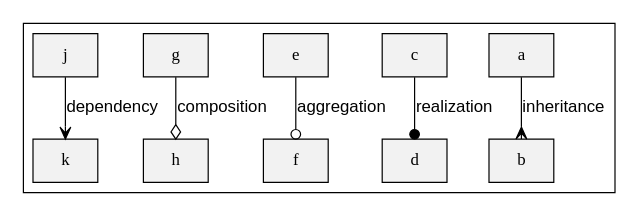
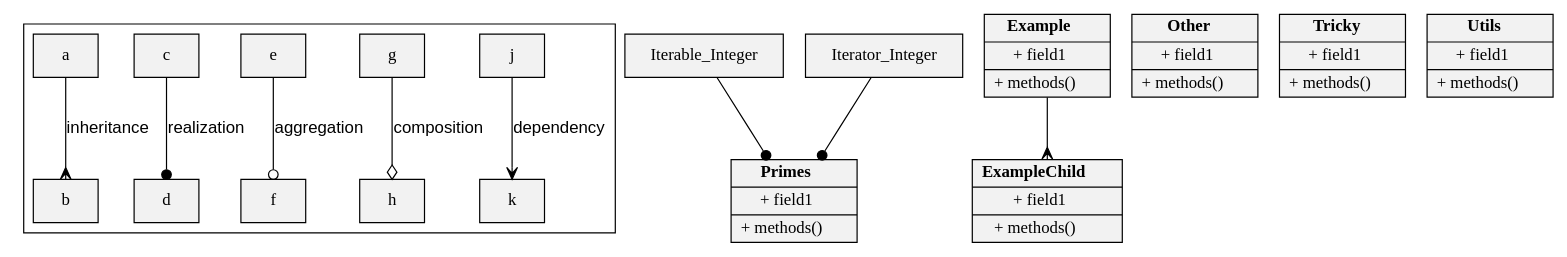
The diagram in graph.dot (Zebzab7/programanalysis), drawn with Graphviz before and after one commit. The commit also changed 19 other files, not shown here.

```diff
--- a/graph.dot
+++ b/graph.dot
@@ -1,11 +1,20 @@
 digraph G {
 node [shape=record style=filled fillcolor = gray95]
 edge [fontname="Helvetica,Arial,sans-serif"]
 subgraph cluster {
+j->k[label=" dependency",arrowhead=vee]
+g->h[label=" composition",arrowhead=odiamond]
+e->f[label=" aggregation",arrowhead=odot]
+c->d[label=" realization",arrowhead=dot]
 a->b[label=" inheritance",arrowhead=crow]
-c->d[label=" realization",arrowhead=dot]
-e->f[label=" aggregation",arrowhead=odot]
-g->h[label=" composition",arrowhead=odiamond]
-j->k[label=" dependency",arrowhead=vee]
 }
+Primes[label = <{<b>Primes</b> |+ field1<br align="left"/>|+ methods()<br align="left"/>}>]
+Iterable_Integer->Primes[arrowhead=dot]
+Iterator_Integer->Primes[arrowhead=dot]
+Example[label = <{<b>Example</b> |+ field1<br align="left"/>|+ methods()<br align="left"/>}>]
+ExampleChild[label = <{<b>ExampleChild</b> |+ field1<br align="left"/>|+ methods()<br align="left"/>}>]
+Example->ExampleChild[arrowhead=crow]
+Other[label = <{<b>Other</b> |+ field1<br align="left"/>|+ methods()<br align="left"/>}>]
+Tricky[label = <{<b>Tricky</b> |+ field1<br align="left"/>|+ methods()<br align="left"/>}>]
+Utils[label = <{<b>Utils</b> |+ field1<br align="left"/>|+ methods()<br align="left"/>}>]
 }
```
